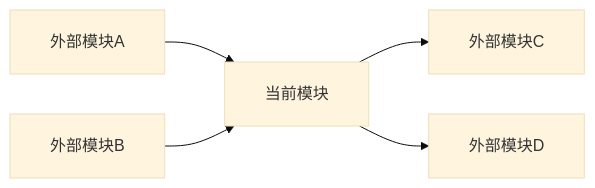
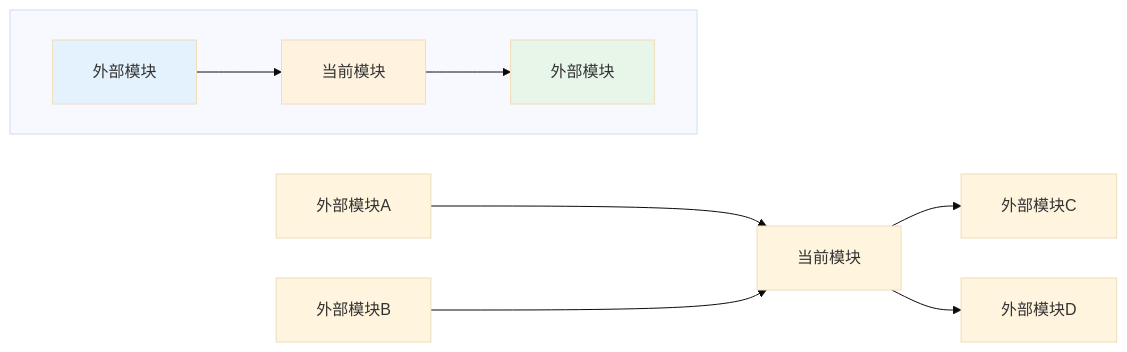
The fourth of 5 diagrams in plugins/code-analyzer/skills/module-analyzer/SKILL.md (hproof/claude-market-gamedev), drawn with Mermaid before and after one commit. The commit also changed other lines of this file and 6 other files, not shown here.

````diff
--- a/plugins/code-analyzer/skills/module-analyzer/SKILL.md
+++ b/plugins/code-analyzer/skills/module-analyzer/SKILL.md
@@ -198,8 +200,22 @@
 ```mermaid
 %%{init: {'theme': 'base', 'flowchart': { 'useMaxWidth': true, 'padding': 20, 'nodeSpacing': 40, 'rankSpacing': 60 }}}%%
 graph LR
+    %% 上游：外部模块依赖当前模块（外部模块 → 当前模块）
     ExtA[外部模块A] --> ThisMod[当前模块]
     ExtB[外部模块B] --> ThisMod
+
+    %% 下游：当前模块依赖外部模块（当前模块 → 外部模块）
     ThisMod --> ExtC[外部模块C]
     ThisMod --> ExtD[外部模块D]
+
+    %% 图例说明
+    subgraph 图例[" "]
+        direction LR
+        Upstream[外部模块] --> Target[当前模块]
+        Target --> Downstream[外部模块]
+    end
+
+    style Upstream fill:#e3f2fd
+    style Target fill:#fff3e0
+    style Downstream fill:#e8f5e9
 ```
````
